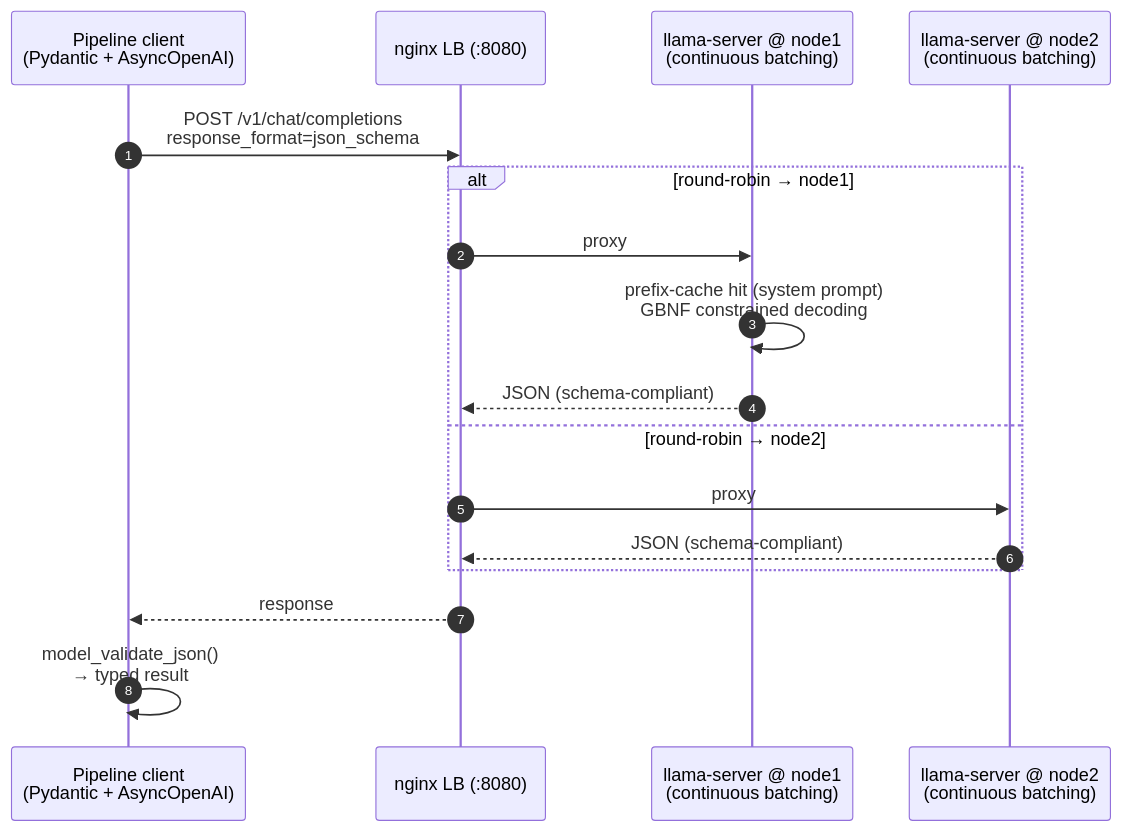
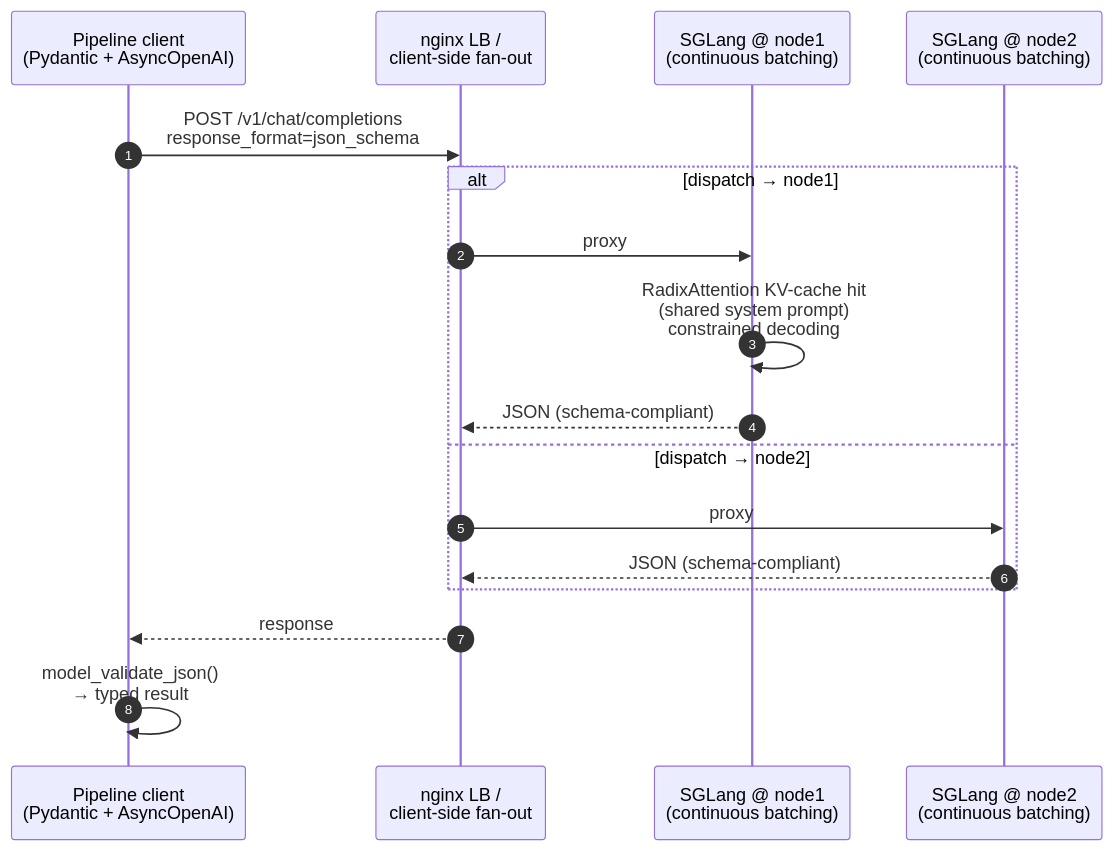
The third of 3 diagrams in local-llm-inference-platform/ARCHITECTURE.md (Yuity0725/portfolio), drawn with Mermaid before and after one commit. The commit also changed other lines of this file and 8 other files, not shown here.

````diff
--- a/local-llm-inference-platform/ARCHITECTURE.md
+++ b/local-llm-inference-platform/ARCHITECTURE.md
@@ -64,20 +65,20 @@
 ```mermaid
 sequenceDiagram
     autonumber
     participant P as Pipeline client<br/>(Pydantic + AsyncOpenAI)
-    participant N as nginx LB (:8080)
-    participant L1 as llama-server @ node1<br/>(continuous batching)
-    participant L2 as llama-server @ node2<br/>(continuous batching)
+    participant N as nginx LB /<br/>client-side fan-out
+    participant L1 as SGLang @ node1<br/>(continuous batching)
+    participant L2 as SGLang @ node2<br/>(continuous batching)
 
     P->>N: POST /v1/chat/completions<br/>response_format=json_schema
-    alt round-robin → node1
+    alt dispatch → node1
         N->>L1: proxy
-        L1->>L1: prefix-cache hit (system prompt)<br/>GBNF constrained decoding
+        L1->>L1: RadixAttention KV-cache hit<br/>(shared system prompt)<br/>constrained decoding
         L1-->>N: JSON (schema-compliant)
-    else round-robin → node2
+    else dispatch → node2
         N->>L2: proxy
         L2-->>N: JSON (schema-compliant)
     end
     N-->>P: response
     P->>P: model_validate_json()<br/>→ typed result
 ```
````
